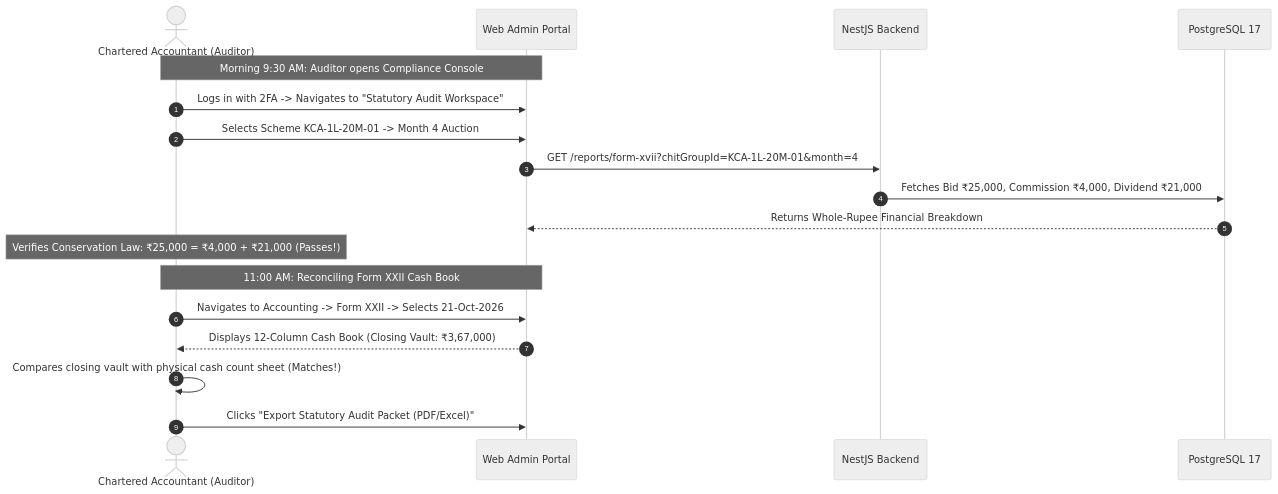
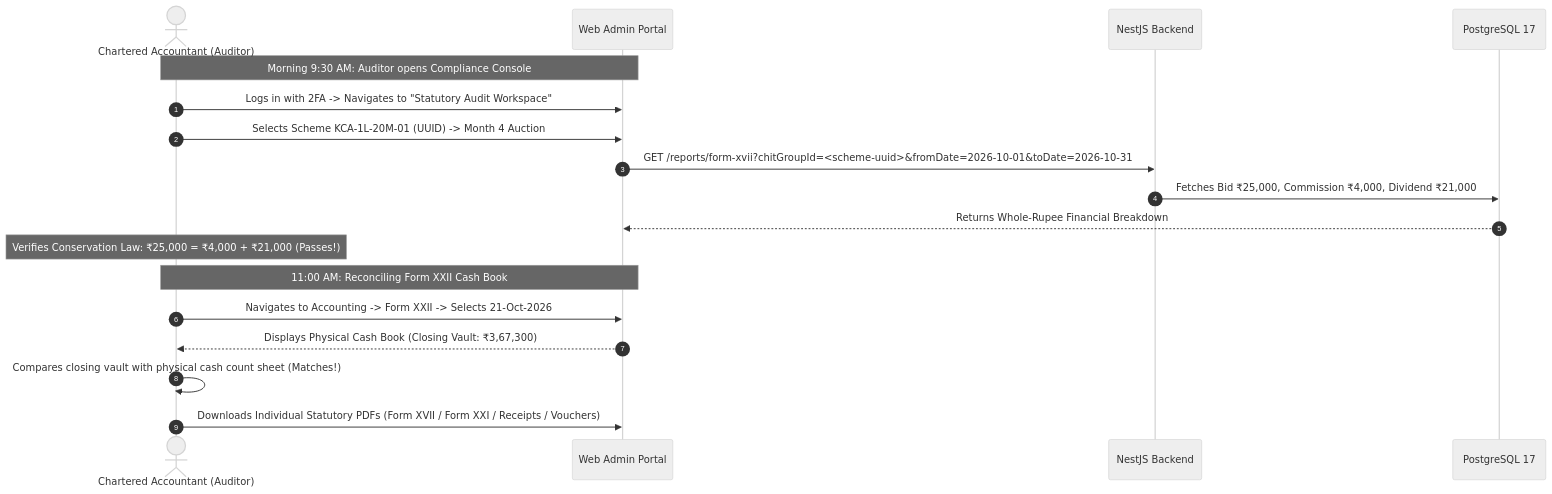
The second of 4 diagrams in docs/02-requirements/educational-guides/persona-6-auditor.md (Kathir-24/Kumaran-finance), drawn with Mermaid (neutral theme) before and after one commit. The commit also changed other lines of this file and 4 other files, not shown here.

````diff
--- a/docs/02-requirements/educational-guides/persona-6-auditor.md
+++ b/docs/02-requirements/educational-guides/persona-6-auditor.md
@@ -116,22 +116,22 @@
 ```mermaid
 sequenceDiagram
     autonumber
     actor A as Chartered Accountant (Auditor)
     participant UI as Web Admin Portal
     participant API as NestJS Backend
     participant DB as PostgreSQL 17
 
     Note over A,UI: Morning 9:30 AM: Auditor opens Compliance Console
     A->>UI: Logs in with 2FA -> Navigates to "Statutory Audit Workspace"
-    A->>UI: Selects Scheme KCA-1L-20M-01 -> Month 4 Auction
-    UI->>API: GET /reports/form-xvii?chitGroupId=KCA-1L-20M-01&month=4
+    A->>UI: Selects Scheme KCA-1L-20M-01 (UUID) -> Month 4 Auction
+    UI->>API: GET /reports/form-xvii?chitGroupId=<scheme-uuid>&fromDate=2026-10-01&toDate=2026-10-31
     API->>DB: Fetches Bid ₹25,000, Commission ₹4,000, Dividend ₹21,000
     DB-->>UI: Returns Whole-Rupee Financial Breakdown
     Note over A: Verifies Conservation Law: ₹25,000 = ₹4,000 + ₹21,000 (Passes!)
 
     Note over A,UI: 11:00 AM: Reconciling Form XXII Cash Book
     A->>UI: Navigates to Accounting -> Form XXII -> Selects 21-Oct-2026
-    UI-->>A: Displays 12-Column Cash Book (Closing Vault: ₹3,67,000)
+    UI-->>A: Displays Physical Cash Book (Closing Vault: ₹3,67,300)
     A->>A: Compares closing vault with physical cash count sheet (Matches!)
-    A->>UI: Clicks "Export Statutory Audit Packet (PDF/Excel)"
+    A->>UI: Downloads Individual Statutory PDFs (Form XVII / Form XXI / Receipts / Vouchers)
 ```
````
